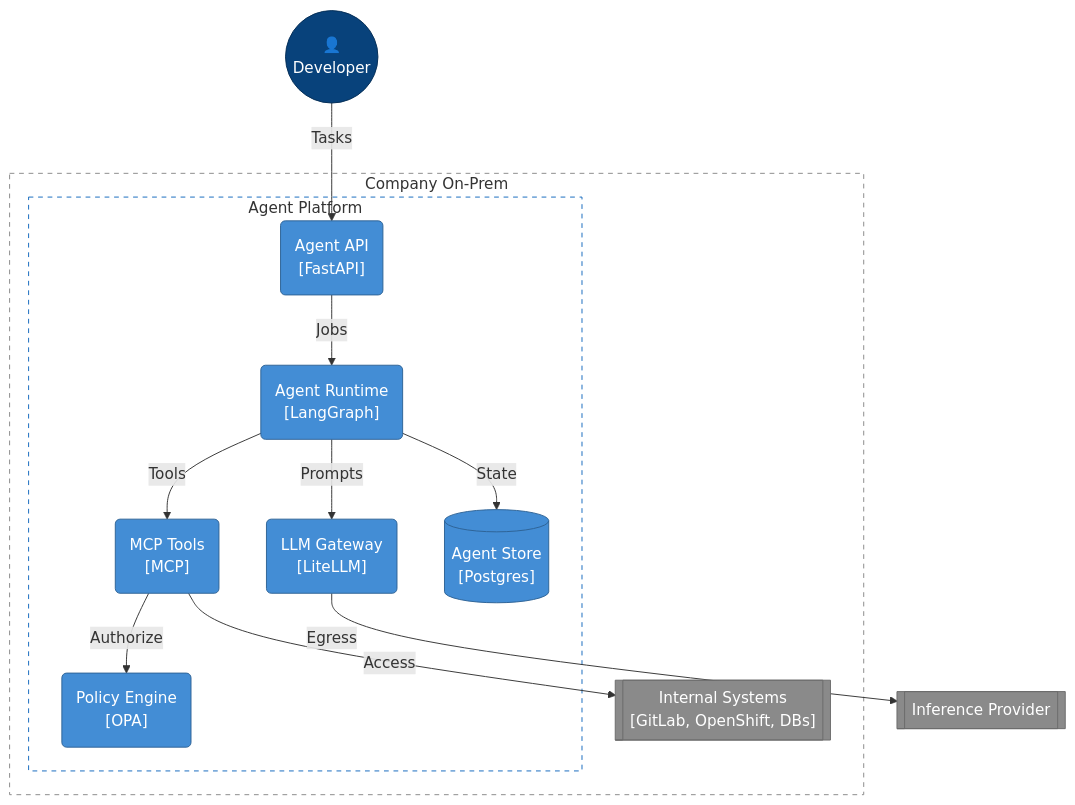
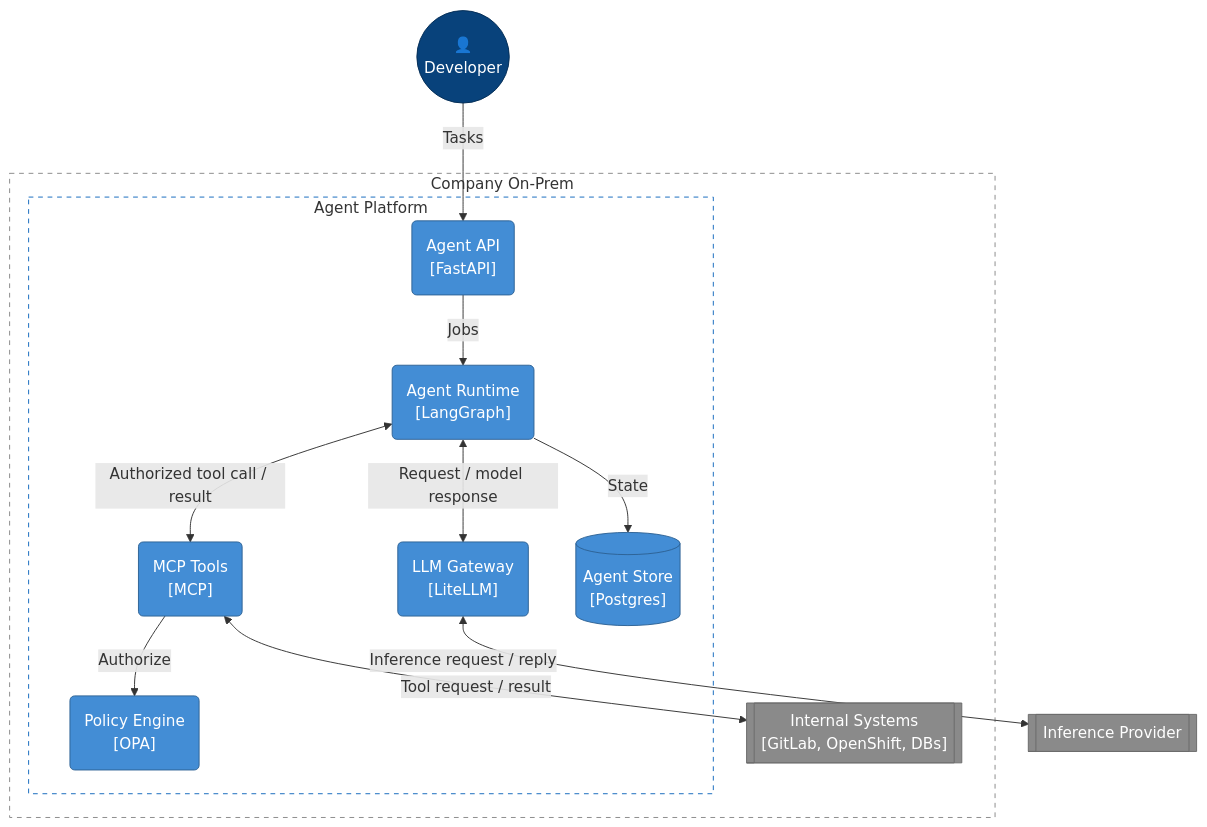
The third of 5 diagrams in remote-inference-agent-on-prem.md (ghinta/coding-agent), drawn with Mermaid before and after one commit. The commit also changed other lines of this file and 4 other files, not shown here.

````diff
--- a/remote-inference-agent-on-prem.md
+++ b/remote-inference-agent-on-prem.md
@@ -77,37 +129,37 @@
 ```mermaid
 flowchart TB
     dev(("👤<br/>Developer"))
     llm[["Inference Provider"]]
 
     subgraph company ["Company On-Prem"]
         subgraph platform ["Agent Platform"]
             api("Agent API<br/>[FastAPI]")
             runtime("Agent Runtime<br/>[LangGraph]")
             gw("LLM Gateway<br/>[LiteLLM]")
             mcp("MCP Tools<br/>[MCP]")
             policy("Policy Engine<br/>[OPA]")
             store[("Agent Store<br/>[Postgres]")]
         end
         internal[["Internal Systems<br/>[GitLab, OpenShift, DBs]"]]
     end
 
     dev -->|Tasks| api
     api -->|Jobs| runtime
     runtime -->|State| store
-    runtime -->|Prompts| gw
-    gw -->|Egress| llm
-    runtime -->|Tools| mcp
+    runtime <-->|Request / model response| gw
+    gw <-->|Inference request / reply| llm
+    runtime <-->|Authorized tool call / result| mcp
     mcp -->|Authorize| policy
-    mcp -->|Access| internal
+    mcp <-->|Tool request / result| internal
 
     classDef person fill:#08427b,stroke:#052e56,color:#fff
     classDef system fill:#1168bd,stroke:#0b4884,color:#fff
     classDef container fill:#438dd5,stroke:#2e6295,color:#fff
     classDef component fill:#85bbf0,stroke:#5d82a8,color:#000
     classDef ext fill:#8a8a8a,stroke:#6b6b6b,color:#fff
     class dev person
     class api,runtime,gw,mcp,policy,store container
     class llm,internal ext
     style company fill:none,stroke:#888,stroke-dasharray:5 5
     style platform fill:none,stroke:#1168bd,stroke-dasharray:5 5
 ```
````
